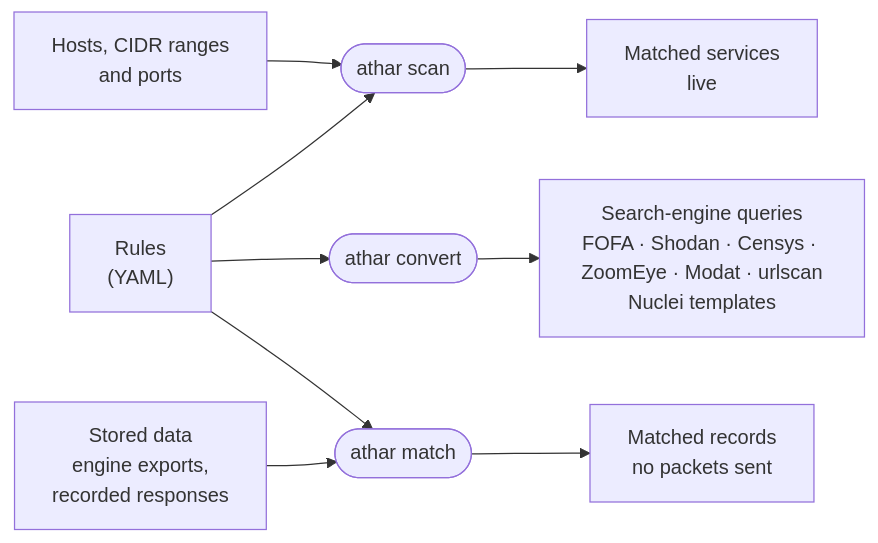
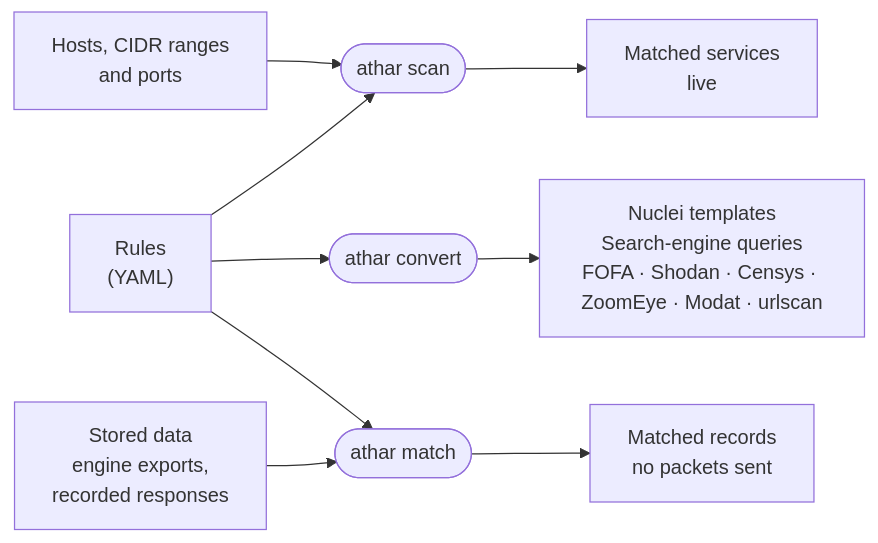
Before and after one commit to Athar-HQ/Athar: the diagram in README.md, drawn with Mermaid. The commit also changed other lines of this file, not shown here.

First line of the commit message:
Show Nuclei as the first conversion use case, not a function of its own

````diff
--- a/README.md
+++ b/README.md
@@ -89,17 +73,17 @@
 ```mermaid
 flowchart LR
   R["Rules<br/>(YAML)"]
   T["Hosts, CIDR ranges<br/>and ports"]
   D["Stored data<br/>engine exports,<br/>recorded responses"]
 
   R --> S(["athar scan"])
   T --> S
   S --> SO["Matched services<br/>live"]
 
   R --> C(["athar convert"])
-  C --> CO["Search-engine queries<br/>FOFA · Shodan · Censys · ZoomEye · Modat · urlscan<br/>Nuclei templates"]
+  C --> CO["Nuclei templates<br/>Search-engine queries<br/>FOFA · Shodan · Censys · ZoomEye · Modat · urlscan"]
 
   R --> M(["athar match"])
   D --> M
   M --> MO["Matched records<br/>no packets sent"]
 ```
````
